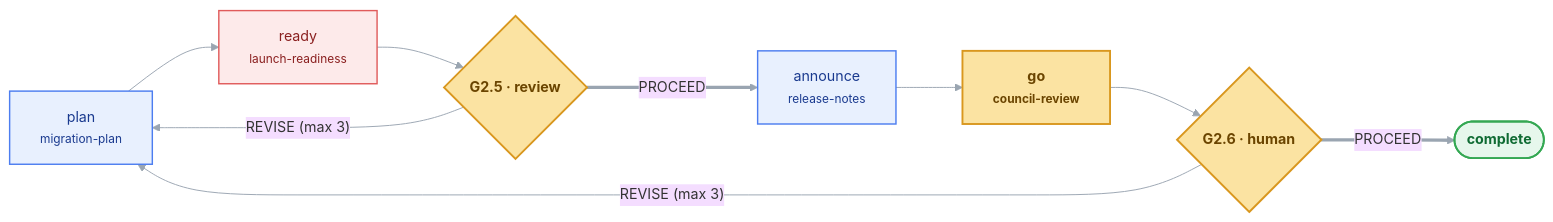
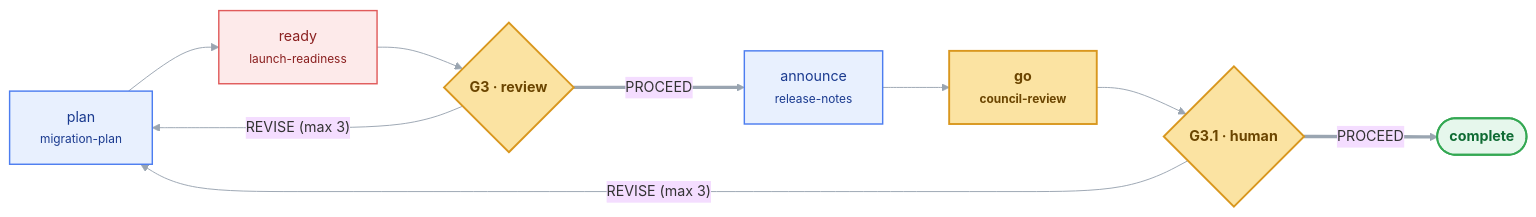
One commit to sananthanarayan/skilldrop changed the diagram in docs/loops/release.mmd. Above: the diagram before and after it, drawn with Mermaid. The commit also changed 67 other files, not shown here.

```diff
--- a/docs/loops/release.mmd
+++ b/docs/loops/release.mmd
@@ -1,24 +1,24 @@
 %%{init: {'theme':'base','themeVariables':{'fontFamily':'Segoe UI, Helvetica, Arial','fontSize':'15px','lineColor':'#9AA5B1'},'flowchart':{'curve':'basis','rankSpacing':70,'nodeSpacing':50,'padding':16}}}%%
 flowchart LR
     classDef gen    fill:#E8F0FE,stroke:#4C7DF0,stroke-width:1.5px,color:#1A3A8F;
     classDef review fill:#FDEAEA,stroke:#E05B5B,stroke-width:1.5px,color:#8A1F1F;
     classDef gate   fill:#FBE3A2,stroke:#D9971E,stroke-width:2px,color:#6B4500,font-weight:bold;
     classDef ship   fill:#E6F7EC,stroke:#34A853,stroke-width:2px,color:#0F6B33,font-weight:bold;
 
     plan["plan<br/><small>migration-plan</small>"]:::gen
     ready["ready<br/><small>launch-readiness</small>"]:::review
     announce["announce<br/><small>release-notes</small>"]:::gen
     go["go<br/><small>council-review</small>"]:::gate
-    G2_5{"G2.5 · review"}:::gate
-    G2_6{"G2.6 · human"}:::gate
+    G3{"G3 · review"}:::gate
+    G3_1{"G3.1 · human"}:::gate
     DONE(["complete"]):::ship
 
     plan --> ready
-    ready --> G2_5
-    G2_5 == "PROCEED" ==> announce
+    ready --> G3
+    G3 == "PROCEED" ==> announce
     announce --> go
-    go --> G2_6
-    G2_6 == "PROCEED" ==> DONE
+    go --> G3_1
+    G3_1 == "PROCEED" ==> DONE
 
-    G2_5 -- "REVISE (max 3)" --> plan
-    G2_6 -- "REVISE (max 3)" --> plan
+    G3 -- "REVISE (max 3)" --> plan
+    G3_1 -- "REVISE (max 3)" --> plan
```
